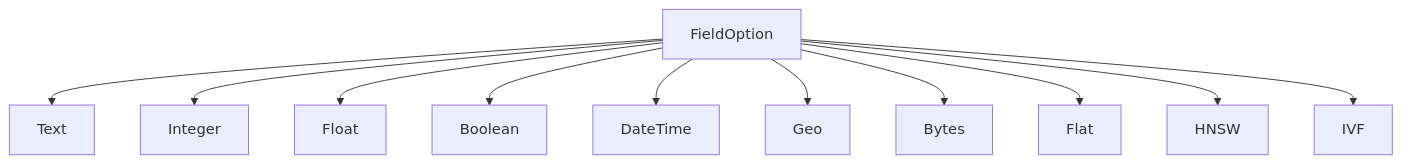
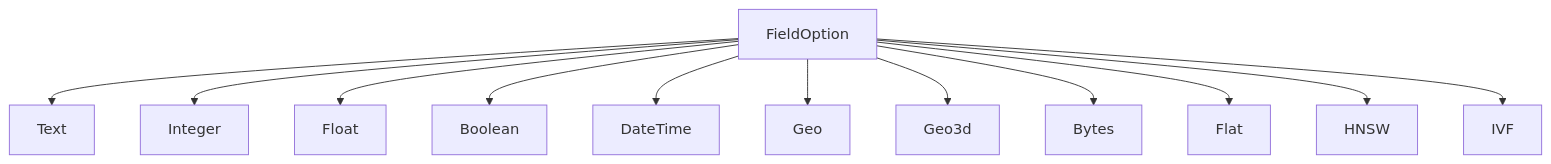
The first of 2 diagrams in docs/ja/src/concepts/schema_and_fields.md (mosuka/sarissa), drawn with Mermaid before and after one commit. The commit also changed other lines of this file and 70 other files, not shown here.

````diff
--- a/docs/ja/src/concepts/schema_and_fields.md
+++ b/docs/ja/src/concepts/schema_and_fields.md
@@ -32,16 +32,17 @@
 ```mermaid
 graph TB
     FO["FieldOption"]
 
     FO --> T["Text"]
     FO --> I["Integer"]
     FO --> FL["Float"]
     FO --> B["Boolean"]
     FO --> DT["DateTime"]
     FO --> G["Geo"]
+    FO --> G3["Geo3d"]
     FO --> BY["Bytes"]
 
     FO --> FLAT["Flat"]
     FO --> HNSW["HNSW"]
     FO --> IVF["IVF"]
 ```
````
